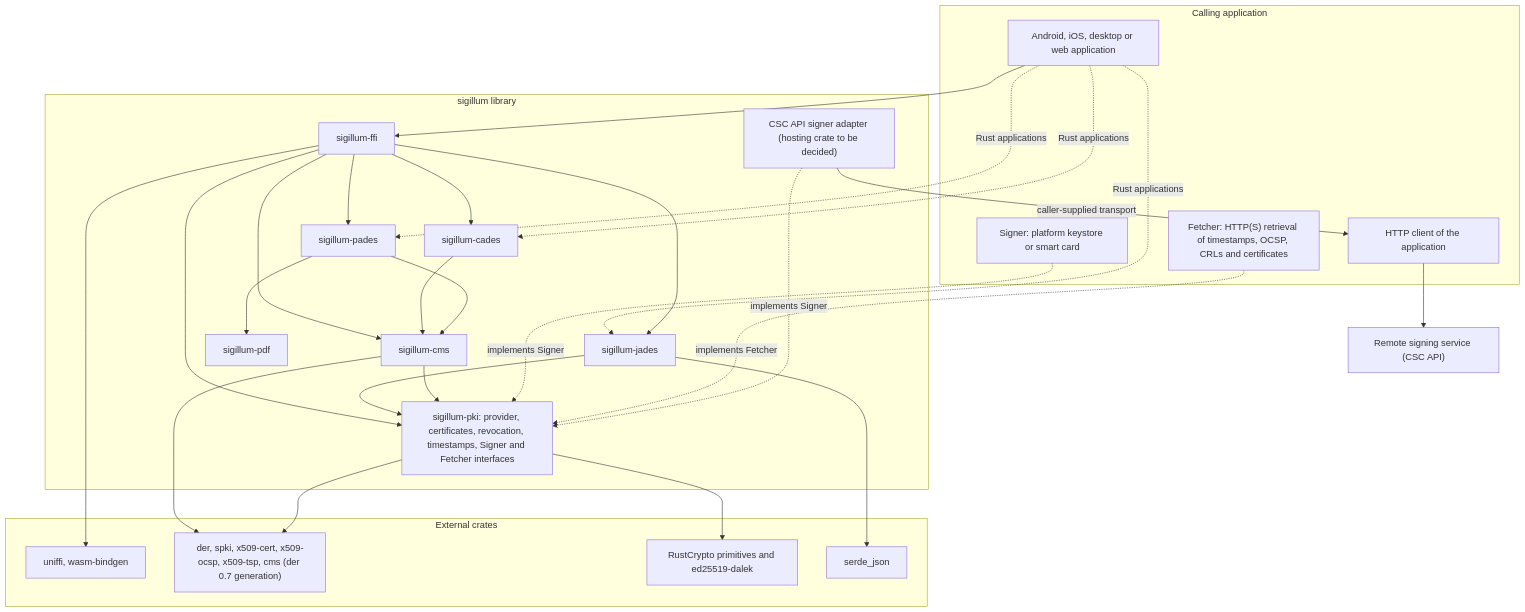
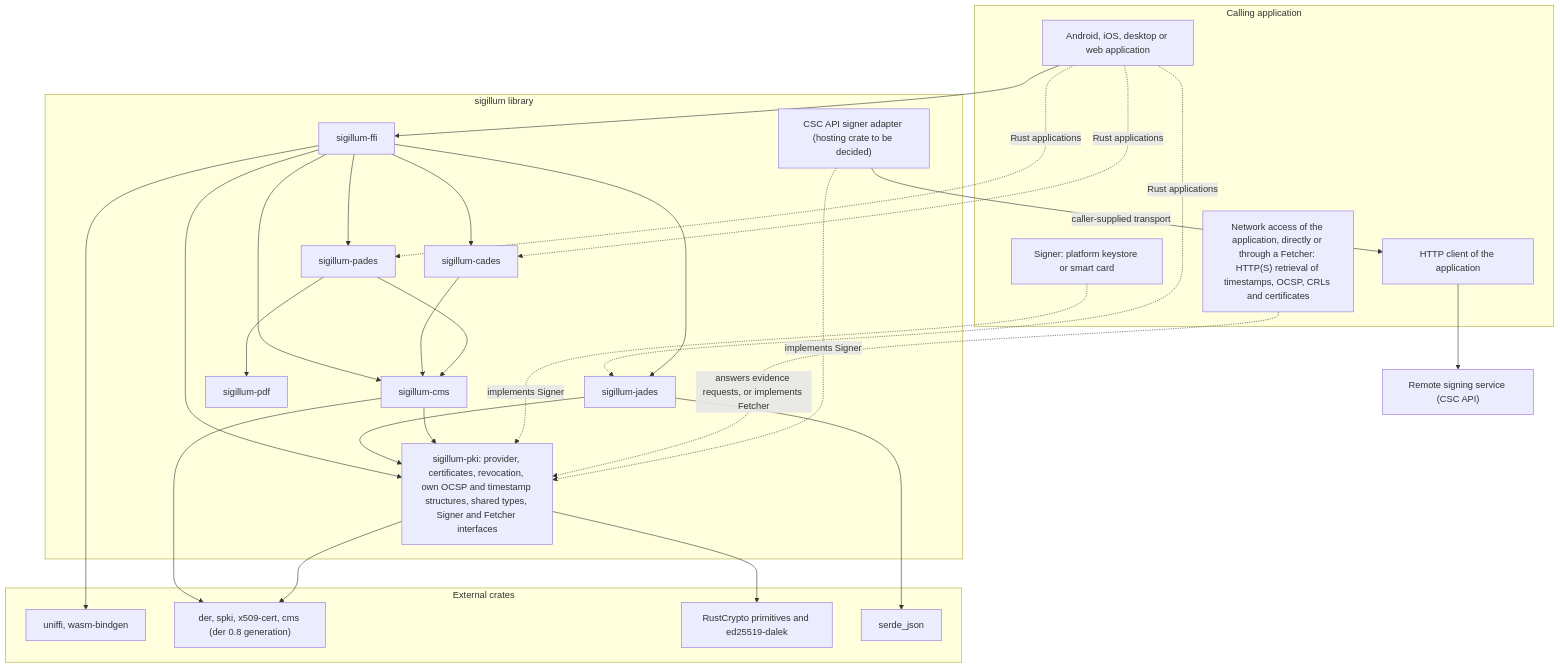
Before and after one commit to cyberverso-net/sigillum: the first of 2 diagrams in docs/design/architecture.md, drawn with Mermaid. The commit also changed other lines of this file and 18 other files, not shown here.

````diff
--- a/docs/design/architecture.md
+++ b/docs/design/architecture.md
@@ -27,43 +27,43 @@
 ```mermaid
 flowchart TB
     subgraph app["Calling application"]
         A["Android, iOS, desktop or web application"]
         S["Signer: platform keystore or smart card"]
-        F["Fetcher: HTTP(S) retrieval of timestamps, OCSP, CRLs and certificates"]
+        F["Network access of the application, directly or through a Fetcher: HTTP(S) retrieval of timestamps, OCSP, CRLs and certificates"]
         H["HTTP client of the application"]
     end
 
     QTSP["Remote signing service (CSC API)"]
 
     subgraph lib["sigillum library"]
         FFI["sigillum-ffi"]
         CADES["sigillum-cades"]
         PADES["sigillum-pades"]
         JADES["sigillum-jades"]
         CMS["sigillum-cms"]
         PDF["sigillum-pdf"]
-        PKI["sigillum-pki: provider, certificates, revocation, timestamps, Signer and Fetcher interfaces"]
+        PKI["sigillum-pki: provider, certificates, revocation, own OCSP and timestamp structures, shared types, Signer and Fetcher interfaces"]
         CSC["CSC API signer adapter (hosting crate to be decided)"]
     end
 
     subgraph ext["External crates"]
         UNIFFI["uniffi, wasm-bindgen"]
-        FORMATS["der, spki, x509-cert, x509-ocsp, x509-tsp, cms (der 0.7 generation)"]
+        FORMATS["der, spki, x509-cert, cms (der 0.8 generation)"]
         RC["RustCrypto primitives and ed25519-dalek"]
         JSON["serde_json"]
     end
 
     A --> FFI
     A -. "Rust applications" .-> CADES & PADES & JADES
     FFI --> CADES & PADES & JADES & CMS & PKI
     CADES --> CMS
     PADES --> CMS & PDF
     JADES --> PKI & JSON
     CMS --> PKI & FORMATS
     PKI --> FORMATS & RC
     FFI --> UNIFFI
     S -. "implements Signer" .-> PKI
-    F -. "implements Fetcher" .-> PKI
+    F -. "answers evidence requests, or implements Fetcher" .-> PKI
     CSC -. "implements Signer" .-> PKI
     CSC -- "caller-supplied transport" --> H --> QTSP
 ```
````
